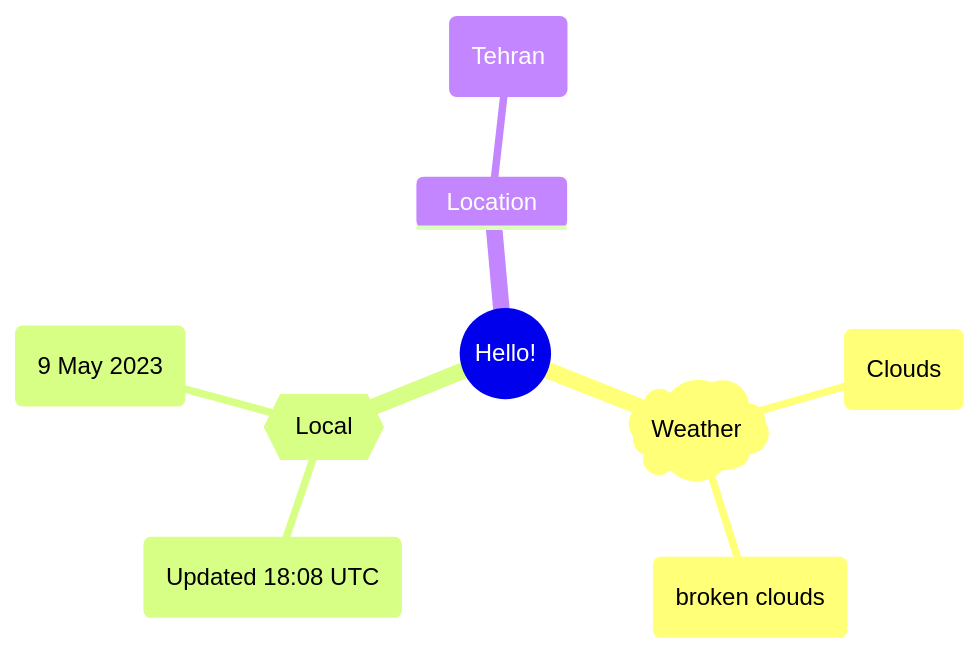
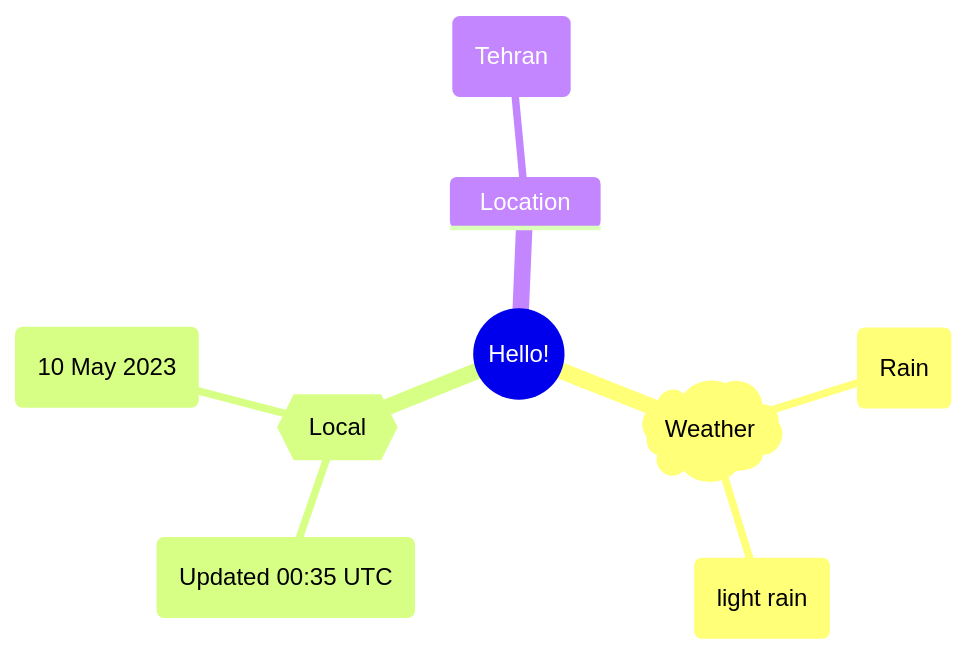
One commit to Xosrov/Xosrov changed the first of 2 diagrams in README.md. Above: the diagram before and after it, drawn with Mermaid.

Commit message:
[bot] updated images

````diff
--- a/README.md
+++ b/README.md
@@ -3,12 +3,12 @@
 ```mermaid
 mindmap
   root((Hello!))
     )Weather(
-        (Clouds)
-        (broken clouds)
+        (Rain)
+        (light rain)
     {{Local}}
-        (Updated 18:08 UTC)
-        (9 May 2023)
+        (Updated 00:35 UTC)
+        (10 May 2023)
     Location
         (Tehran)
 ```
````
